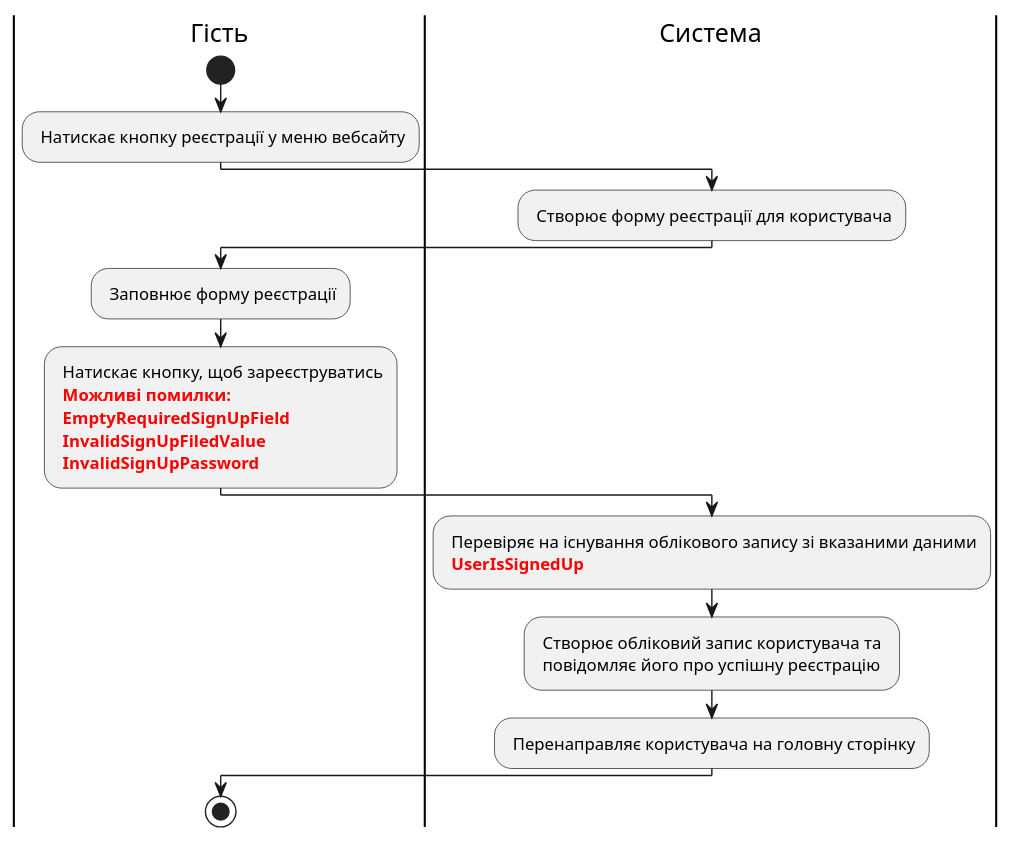
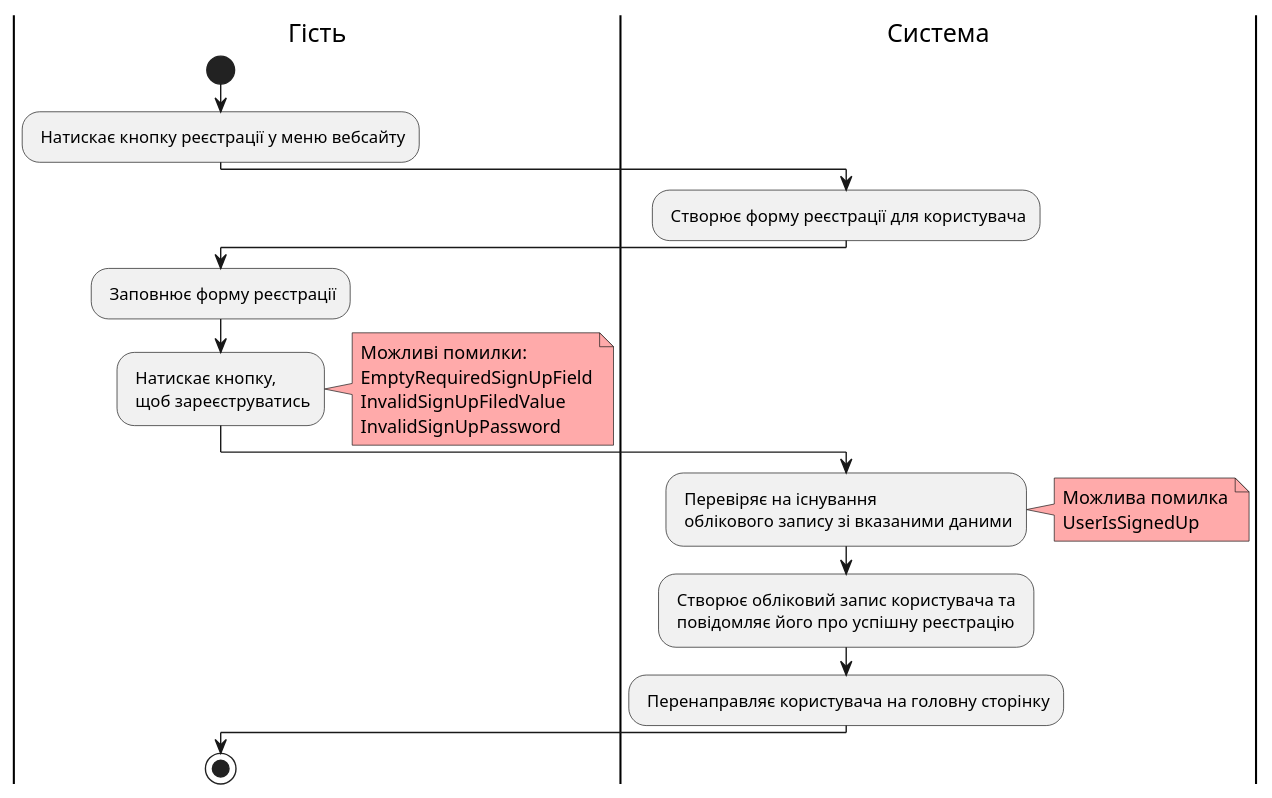
The sixth of 14 diagrams in docs/use cases/README.md (stvake/database_group2), drawn with PlantUML before and after one commit. The commit also changed other lines of this file, not shown here.

```diff
--- a/docs/use cases/README.md
+++ b/docs/use cases/README.md
@@ -197,23 +202,32 @@
 @startuml
 
     |Гість|
     start;
     : Натискає кнопку реєстрації у меню вебсайту;
+
     |Система|
     : Створює форму реєстрації для користувача;
+
     |Гість|
     : Заповнює форму реєстрації;
-    : Натискає кнопку, щоб зареєструватись
-    <font color="red"><b> Можливі помилки:
-    <font color="red"><b> EmptyRequiredSignUpField
-    <font color="red"><b> InvalidSignUpFiledValue
-    <font color="red"><b> InvalidSignUpPassword;
+    : Натискає кнопку, \n щоб зареєструватись;
+    note right #ffaaaa
+        Можливі помилки:
+        EmptyRequiredSignUpField
+        InvalidSignUpFiledValue
+        InvalidSignUpPassword
+    end note
+
     |Система|
-    : Перевіряє на існування облікового запису зі вказаними даними
-    <font color="red"><b> UserIsSignedUp;
+    : Перевіряє на існування \n облікового запису зі вказаними даними;
+    note right #ffaaaa
+        Можлива помилка
+        UserIsSignedUp
+    end note
     : Cтворює обліковий запис користувача та \n повідомляє його про успішну реєстрацію;
     : Перенаправляє користувача на головну сторінку;
+
     |Гість|
     stop;
 
 @enduml
```
